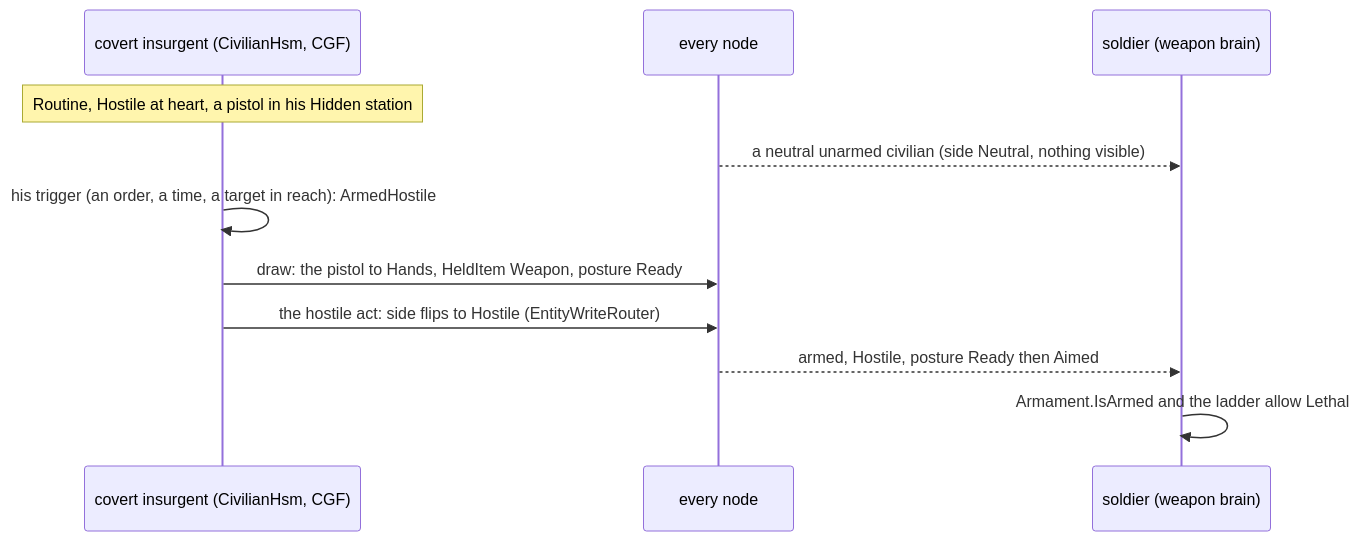
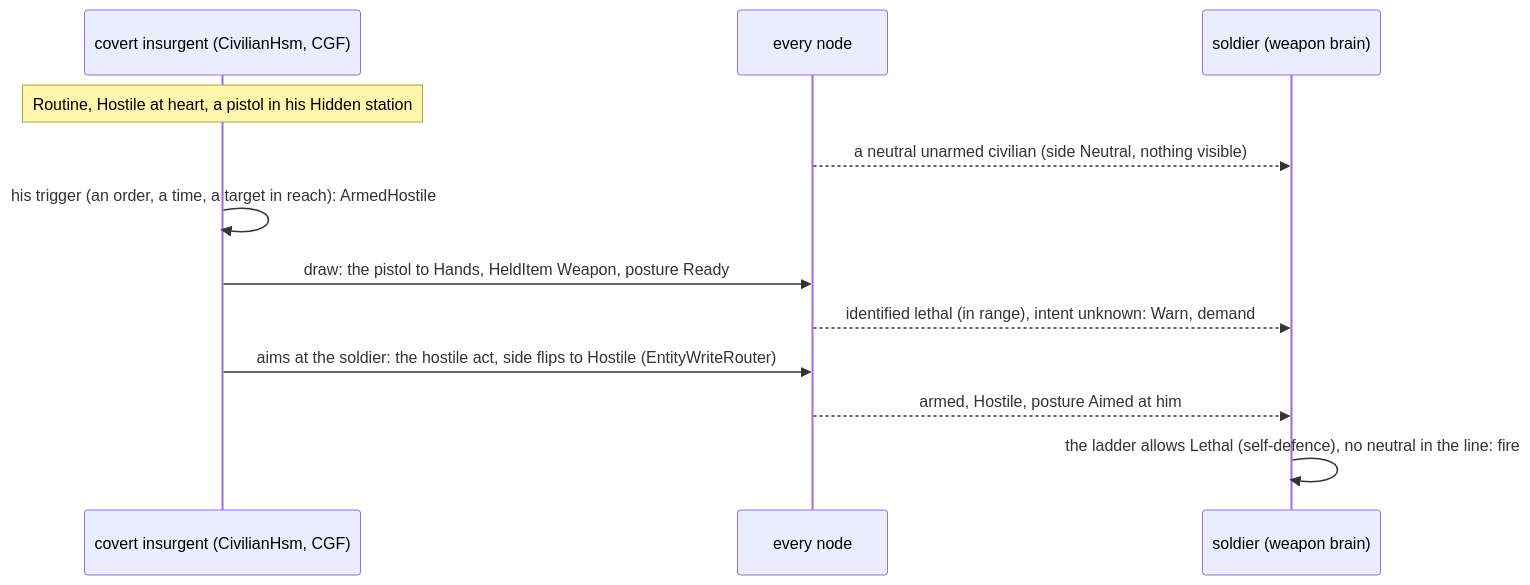
Before and after one commit to pjanec/HROT: diagram 26 of 42 in docs/DESIGN_Civilians_And_Crowd_Control.md, drawn with Mermaid. The commit also changed other lines of this file and 3 other files, not shown here.

````diff
--- a/docs/DESIGN_Civilians_And_Crowd_Control.md
+++ b/docs/DESIGN_Civilians_And_Crowd_Control.md
@@ -974,13 +992,14 @@
 ```mermaid
 sequenceDiagram
   participant I as covert insurgent (CivilianHsm, CGF)
   participant N as every node
   participant S as soldier (weapon brain)
   Note over I: Routine, Hostile at heart, a pistol in his Hidden station
   N-->>S: a neutral unarmed civilian (side Neutral, nothing visible)
   I->>I: his trigger (an order, a time, a target in reach): ArmedHostile
   I->>N: draw: the pistol to Hands, HeldItem Weapon, posture Ready
-  I->>N: the hostile act: side flips to Hostile (EntityWriteRouter)
-  N-->>S: armed, Hostile, posture Ready then Aimed
-  S->>S: Armament.IsArmed and the ladder allow Lethal
+  N-->>S: identified lethal (in range), intent unknown: Warn, demand
+  I->>N: aims at the soldier: the hostile act, side flips to Hostile (EntityWriteRouter)
+  N-->>S: armed, Hostile, posture Aimed at him
+  S->>S: the ladder allows Lethal (self-defence), no neutral in the line: fire
 ```
````
